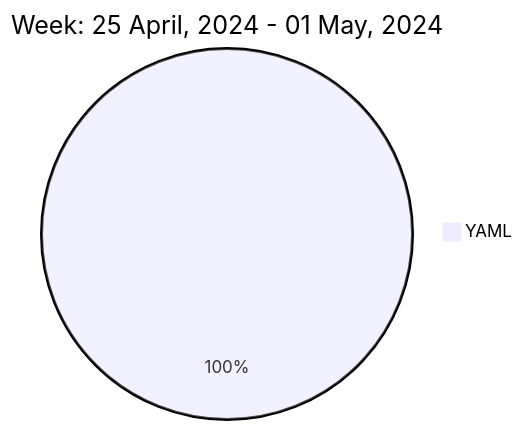
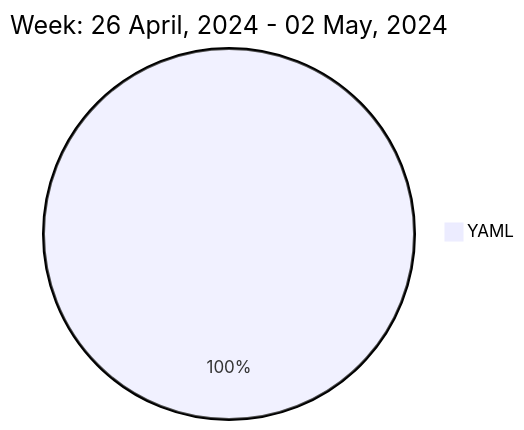
One commit to liubin95/liubin95 changed the diagram in README.md. Above: the diagram before and after it, drawn with Mermaid.

Commit message:
Updated the Graph with new Metrics

````diff
--- a/README.md
+++ b/README.md
@@ -37,5 +37,5 @@
 ```mermaid
  pie
-title Week: 25 April, 2024 - 01 May, 2024
- "YAML" : 0.25
+title Week: 26 April, 2024 - 02 May, 2024
+ "YAML" : 0.23
 ```
````
